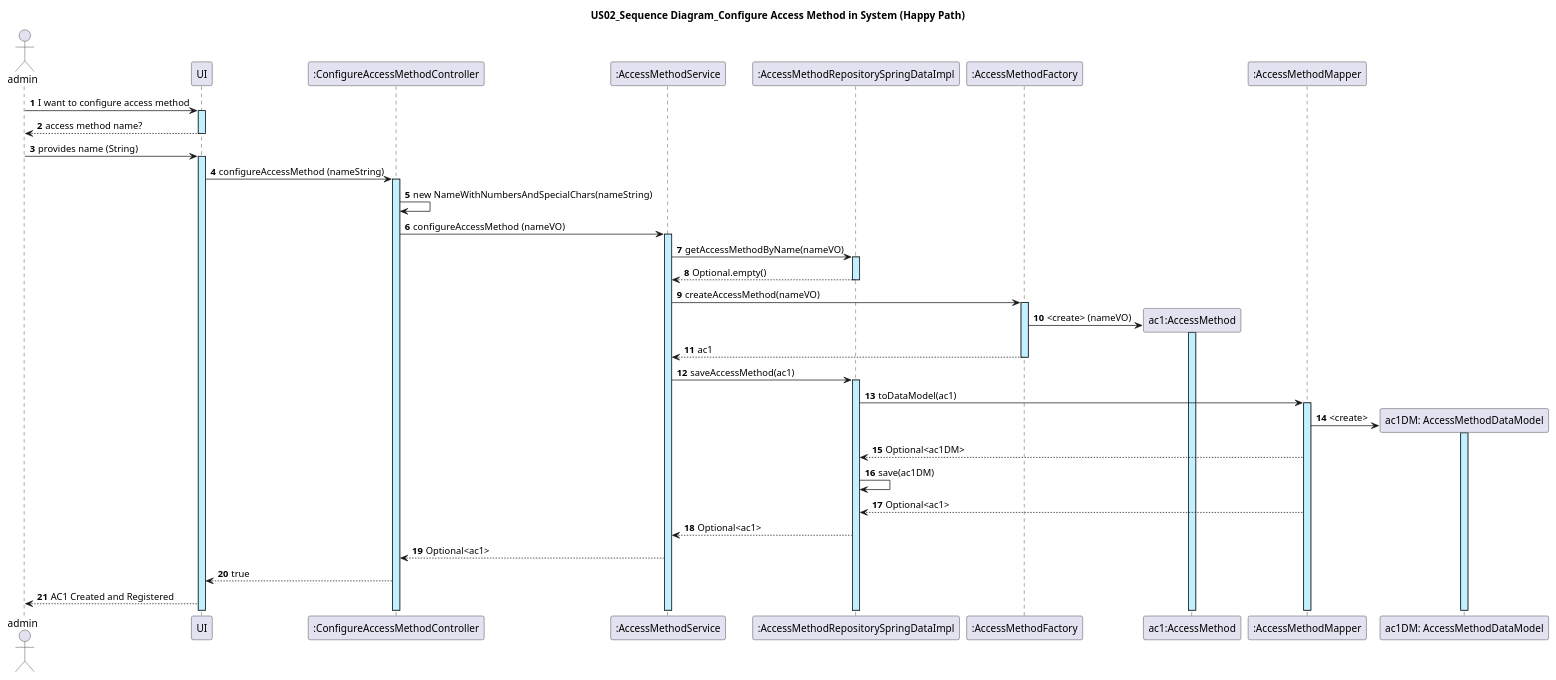
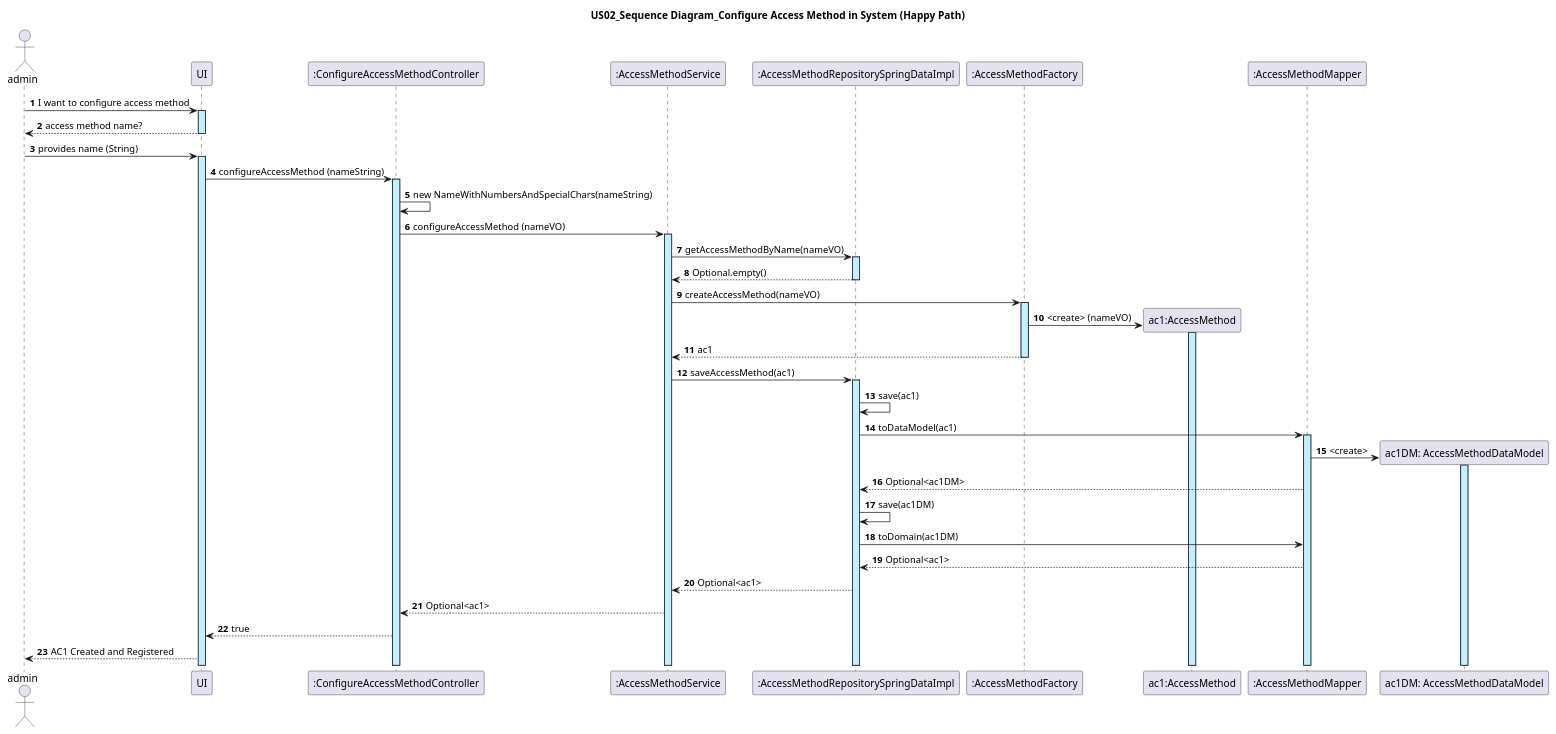
The diagram in docs/US02/US02_ConfigureAccessMethod_JPA_SequenceDiagram.puml (GasparISEP/DevOps-PAI), drawn with PlantUML before and after one commit.

Commit message:
refactor: Update US02 JPA Sequence Diagram. refs #299

```diff
--- a/docs/US02/US02_ConfigureAccessMethod_JPA_SequenceDiagram.puml
+++ b/docs/US02/US02_ConfigureAccessMethod_JPA_SequenceDiagram.puml
@@ -1,32 +1,35 @@
 @startuml
 actor admin
 autonumber
 
 title: US02_Sequence Diagram_Configure Access Method in System (Happy Path)
 
 admin -> UI ++ #application : I want to configure access method
 UI --> admin -- : access method name?
 admin -> UI ++ #application :provides name (String)
     UI -> ":ConfigureAccessMethodController" as ConfigureAccessMethodController ++ #application : configureAccessMethod (nameString)
 
 ConfigureAccessMethodController -> ConfigureAccessMethodController: new NameWithNumbersAndSpecialChars(nameString)
 
 ConfigureAccessMethodController -> ":AccessMethodService" ++ #application : configureAccessMethod (nameVO)
 ":AccessMethodService" -> ":AccessMethodRepositorySpringDataImpl" ++ #application:  getAccessMethodByName(nameVO)
 ":AccessMethodRepositorySpringDataImpl" --> ":AccessMethodService" -- #application: Optional.empty()
 ":AccessMethodService" -> ":AccessMethodFactory" as AccessMethodFactory ++ #application: createAccessMethod(nameVO)
 create "ac1:AccessMethod" as AccessMethod
 AccessMethodFactory -> AccessMethod  ++ #application  : <create> (nameVO)
 AccessMethodFactory --> ":AccessMethodService" -- : ac1
 ":AccessMethodService" -> ":AccessMethodRepositorySpringDataImpl" ++ #application: saveAccessMethod(ac1)
+":AccessMethodRepositorySpringDataImpl" -> ":AccessMethodRepositorySpringDataImpl": save(ac1)
 ":AccessMethodRepositorySpringDataImpl" -> ":AccessMethodMapper" ++ #application: toDataModel(ac1)
 create "ac1DM: AccessMethodDataModel" as AccessMethodDataModel
 ":AccessMethodMapper" -> AccessMethodDataModel ++ #application: <create>
 ":AccessMethodMapper" --> ":AccessMethodRepositorySpringDataImpl": Optional<ac1DM>
 ":AccessMethodRepositorySpringDataImpl" -> ":AccessMethodRepositorySpringDataImpl": save(ac1DM)
+":AccessMethodRepositorySpringDataImpl" -> ":AccessMethodMapper": toDomain(ac1DM)
+
 ":AccessMethodMapper" --> ":AccessMethodRepositorySpringDataImpl": Optional<ac1>
 ":AccessMethodRepositorySpringDataImpl" --> ":AccessMethodService": Optional<ac1>
 ":AccessMethodService" --> ConfigureAccessMethodController: Optional<ac1>
 ConfigureAccessMethodController --> UI: true
 UI --> admin: AC1 Created and Registered
 @enduml
```
